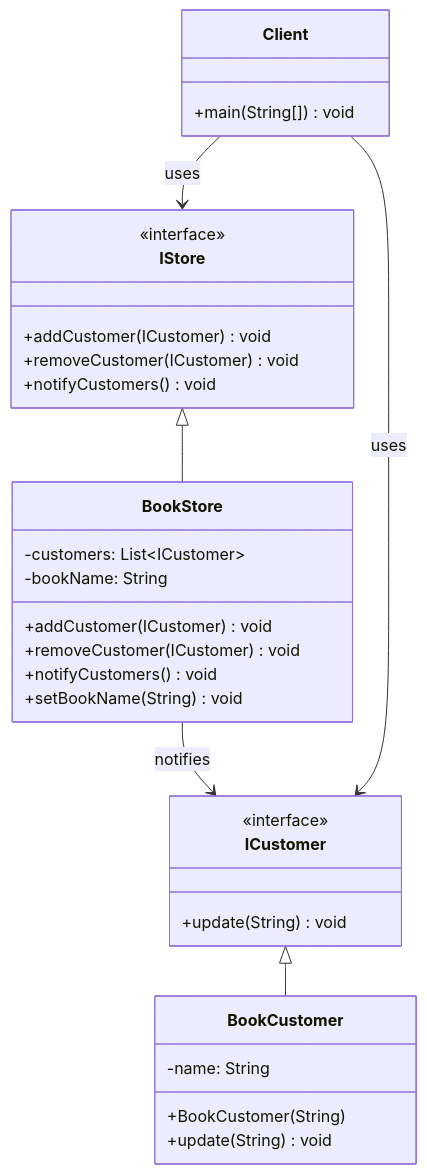
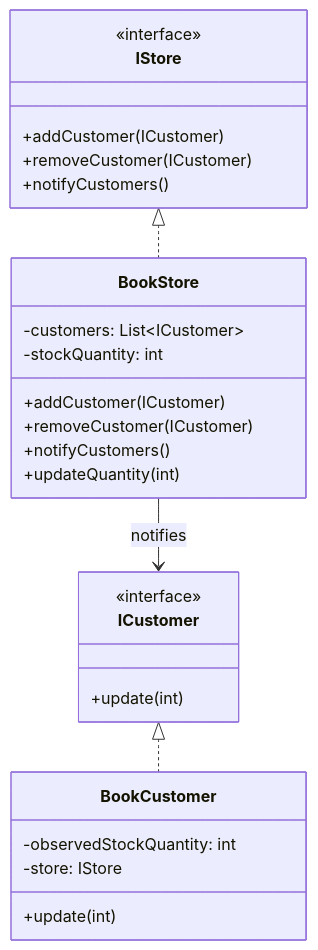
Before and after one commit to deathblade1104/LLD: the first of 2 diagrams in designPatterns/behavioural/observer/README.md, drawn with Mermaid. The commit also changed other lines of this file and 29 other files, not shown here.

````diff
--- a/designPatterns/behavioural/observer/README.md
+++ b/designPatterns/behavioural/observer/README.md
@@ -20,39 +11,27 @@
 ```mermaid
 classDiagram
-    class IStore {
-        <<interface>>
-        +addCustomer(ICustomer) void
-        +removeCustomer(ICustomer) void
-        +notifyCustomers() void
-    }
-
-    class ICustomer {
-        <<interface>>
-        +update(String) void
-    }
-
-    class BookStore {
-        -customers: List~ICustomer~
-        -bookName: String
-        +addCustomer(ICustomer) void
-        +removeCustomer(ICustomer) void
-        +notifyCustomers() void
-        +setBookName(String) void
-    }
-
-    class BookCustomer {
-        -name: String
-        +BookCustomer(String)
-        +update(String) void
-    }
-
-    class Client {
-        +main(String[]) void
-    }
-
-    IStore <|-- BookStore
-    ICustomer <|-- BookCustomer
-    BookStore --> ICustomer : notifies
-    Client --> IStore : uses
-    Client --> ICustomer : uses
+  class IStore { <<interface>>
+    +addCustomer(ICustomer)
+    +removeCustomer(ICustomer)
+    +notifyCustomers()
+  }
+  class ICustomer { <<interface>>
+    +update(int)
+  }
+  class BookStore {
+    -customers: List~ICustomer~
+    -stockQuantity: int
+    +addCustomer(ICustomer)
+    +removeCustomer(ICustomer)
+    +notifyCustomers()
+    +updateQuantity(int)
+  }
+  class BookCustomer {
+    -observedStockQuantity: int
+    -store: IStore
+    +update(int)
+  }
+  IStore <|.. BookStore
+  ICustomer <|.. BookCustomer
+  BookStore --> ICustomer : notifies
 ```
````
